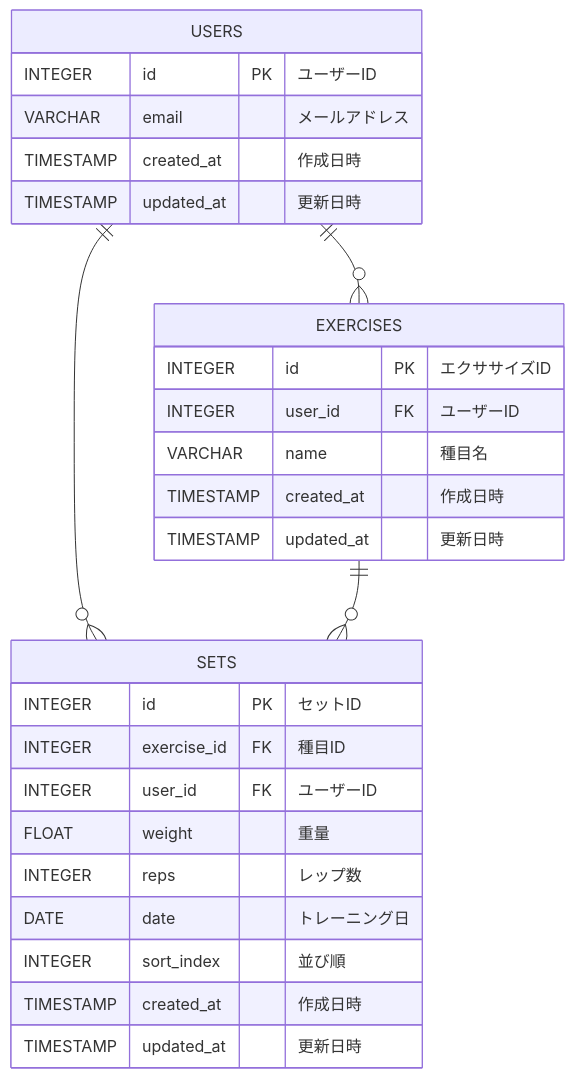
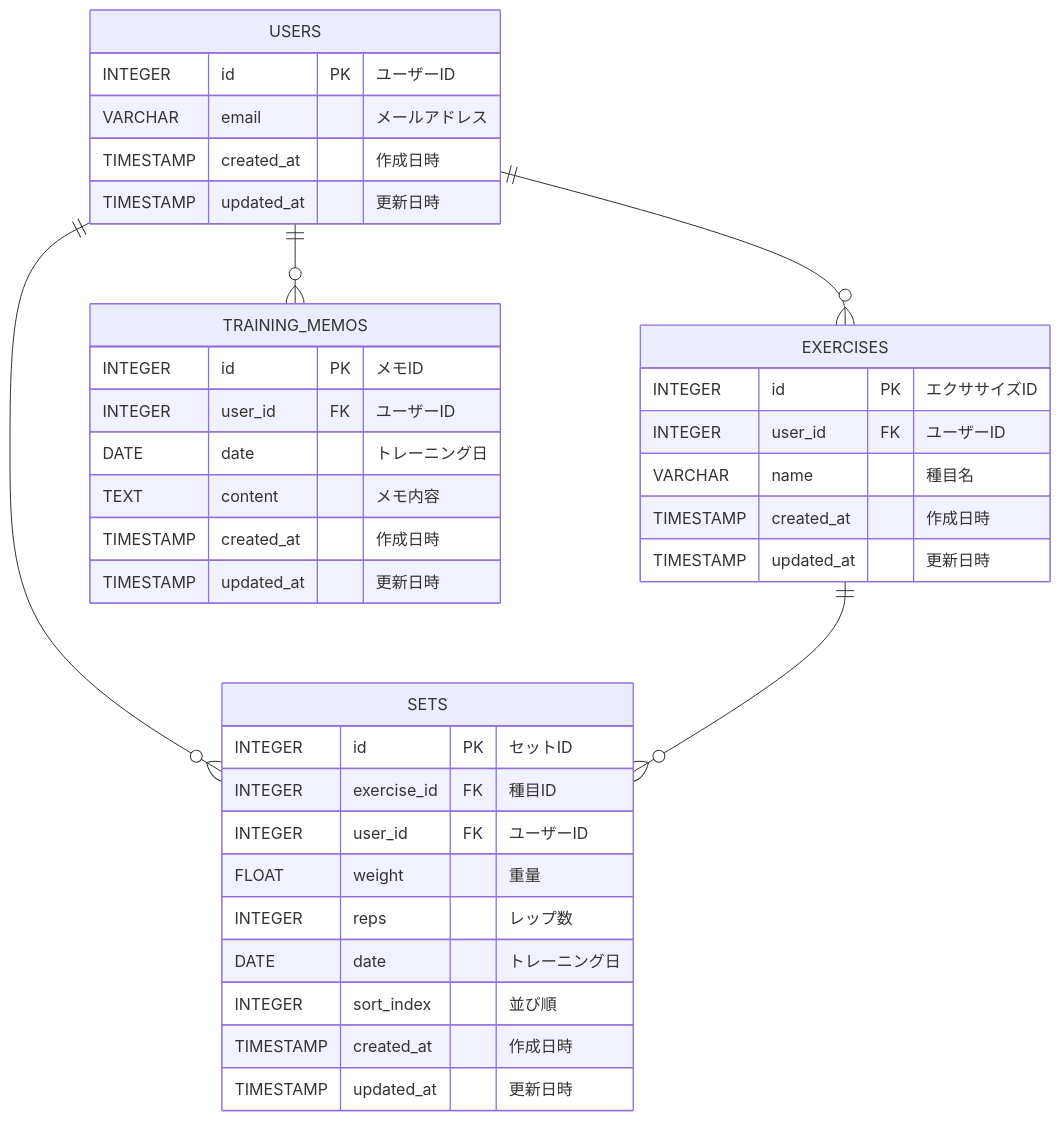
Before and after one commit to t-miura-024/lifro: the diagram in docs/design/ER図.md, drawn with Mermaid. The commit also changed 16 other files, not shown here.

````diff
--- a/docs/design/ER図.md
+++ b/docs/design/ER図.md
@@ -3,33 +3,43 @@
 ```mermaid
 erDiagram
     USERS {
         INTEGER id PK "ユーザーID"
         VARCHAR email "メールアドレス"
         TIMESTAMP created_at "作成日時"
         TIMESTAMP updated_at "更新日時"
     }
 
     SETS {
         INTEGER id PK "セットID"
         INTEGER exercise_id FK "種目ID"
         INTEGER user_id FK "ユーザーID"
         FLOAT weight "重量"
         INTEGER reps "レップ数"
         DATE date "トレーニング日"
         INTEGER sort_index "並び順"
         TIMESTAMP created_at "作成日時"
         TIMESTAMP updated_at "更新日時"
     }
 
     EXERCISES {
         INTEGER id PK "エクササイズID"
         INTEGER user_id FK "ユーザーID"
         VARCHAR name "種目名"
         TIMESTAMP created_at "作成日時"
         TIMESTAMP updated_at "更新日時"
     }
 
+    TRAINING_MEMOS {
+        INTEGER id PK "メモID"
+        INTEGER user_id FK "ユーザーID"
+        DATE date "トレーニング日"
+        TEXT content "メモ内容"
+        TIMESTAMP created_at "作成日時"
+        TIMESTAMP updated_at "更新日時"
+    }
+
     USERS ||--o{ EXERCISES : ""
     USERS ||--o{ SETS : ""
+    USERS ||--o{ TRAINING_MEMOS : ""
     EXERCISES ||--o{ SETS : ""
 ```
````
